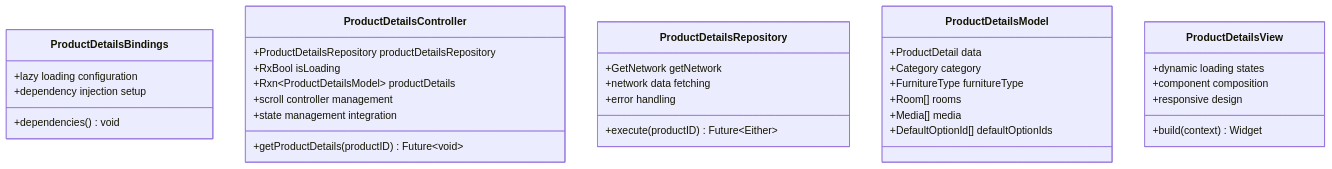
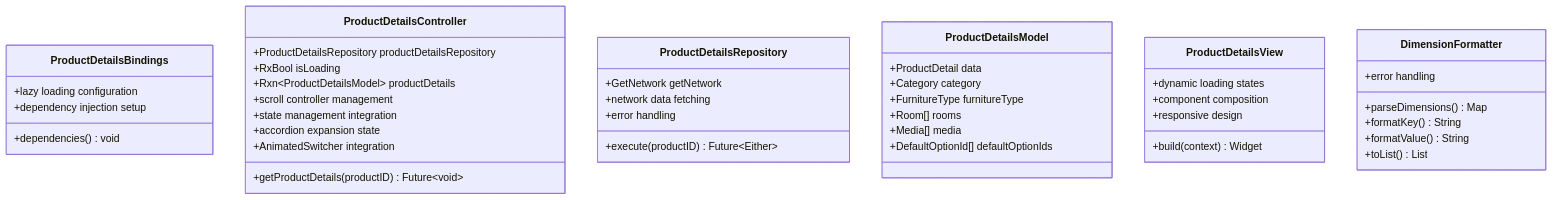
One commit to Ariful3111/FurniGo changed the second of 4 diagrams in .qoder/repowiki/en/content/Core Features/E-commerce Platform/Product Details and Information.md. Above: the diagram before and after it, drawn with Mermaid. The commit also changed other lines of this file and 19 other files, not shown here.

````diff
--- a/.qoder/repowiki/en/content/Core Features/E-commerce Platform/Product Details and Information.md
+++ b/.qoder/repowiki/en/content/Core Features/E-commerce Platform/Product Details and Information.md
@@ -162,36 +180,45 @@
 ```mermaid
 classDiagram
 class ProductDetailsBindings {
 +dependencies() void
 +lazy loading configuration
 +dependency injection setup
 }
 class ProductDetailsController {
 +ProductDetailsRepository productDetailsRepository
 +RxBool isLoading
 +Rxn~ProductDetailsModel~ productDetails
 +getProductDetails(productID) Future~void~
 +scroll controller management
 +state management integration
++accordion expansion state
++AnimatedSwitcher integration
 }
 class ProductDetailsRepository {
 +GetNetwork getNetwork
 +execute(productID) Future~Either~
 +network data fetching
 +error handling
 }
 class ProductDetailsModel {
 +ProductDetail data
 +Category category
 +FurnitureType furnitureType
 +Room[] rooms
 +Media[] media
 +DefaultOptionId[] defaultOptionIds
 }
 class ProductDetailsView {
 +build(context) Widget
 +dynamic loading states
 +component composition
 +responsive design
 }
+class DimensionFormatter {
++parseDimensions() Map
++formatKey() String
++formatValue() String
++toList() List
++error handling
+}
 ```
````
